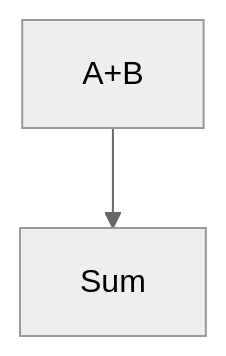
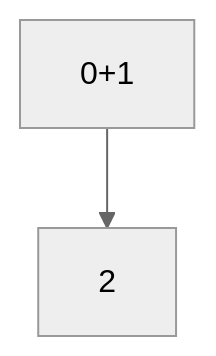
The first of 2 diagrams in README.md (isimpforobama/Python-Assembly), drawn with Mermaid (neutral theme) before and after one commit. The commit also changed other lines of this file, not shown here.

````diff
--- a/README.md
+++ b/README.md
@@ -170,4 +170,4 @@
 ```mermaid
 graph TD;
-        A+B-->Sum;
+        0+1-->2;
 ```
````
